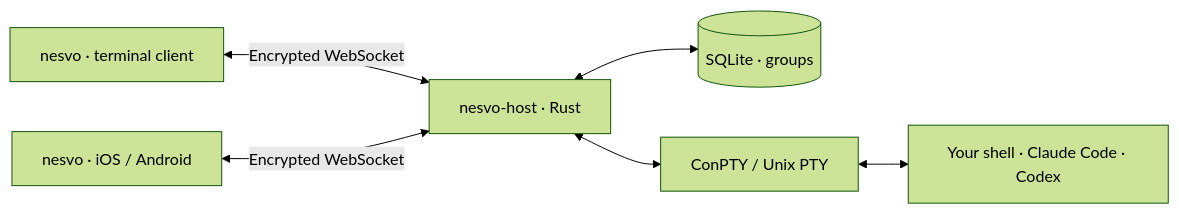
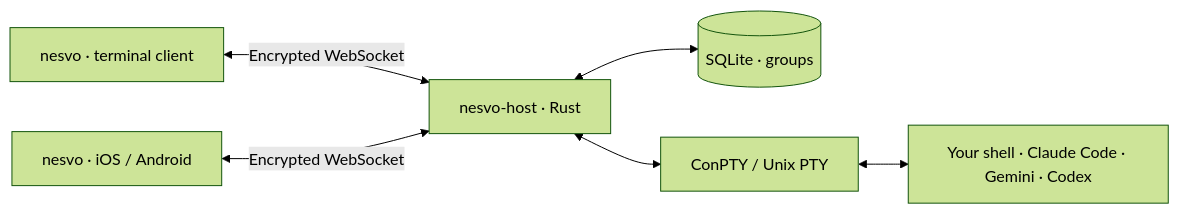
One commit to dkveil/nesvo changed the diagram in README.md. Above: the diagram before and after it, drawn with Mermaid (forest theme). The commit also changed other lines of this file and 3 other files, not shown here.

````diff
--- a/README.md
+++ b/README.md
@@ -77,8 +76,8 @@
 ```mermaid
 flowchart LR
     TUI["nesvo · terminal client"] <-->|Encrypted WebSocket| Host["nesvo-host · Rust"]
     Mobile["nesvo · iOS / Android"] <-->|Encrypted WebSocket| Host
     Host <--> Groups[("SQLite · groups")]
     Host <--> PTY["ConPTY / Unix PTY"]
-    PTY <--> Tools["Your shell · Claude Code · Codex"]
+    PTY <--> Tools["Your shell · Claude Code · Gemini · Codex"]
 ```
````
